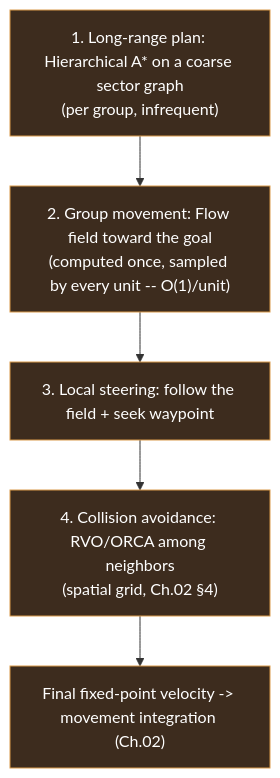
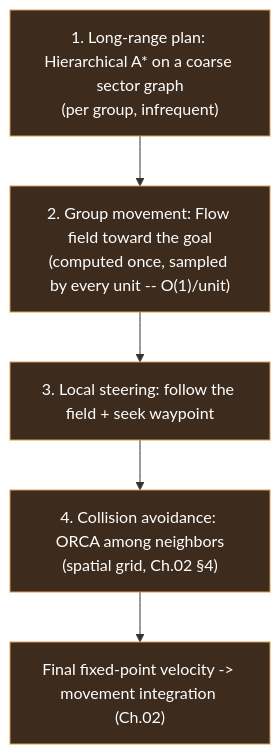
The first of 4 diagrams in docs/architecture/07-pathfinding-navigation.md (RubenTipparach/rts-99-jam), drawn with Mermaid before and after one commit. The commit also changed other lines of this file and 5 other files, not shown here.

First line of the commit message:
Choose ORCA for local collision avoidance

````diff
--- a/docs/architecture/07-pathfinding-navigation.md
+++ b/docs/architecture/07-pathfinding-navigation.md
@@ -17,10 +17,10 @@
 ```mermaid
 graph TD
     A["1. Long-range plan: Hierarchical A* on a coarse sector graph<br/>(per group, infrequent)"] --> B
     B["2. Group movement: Flow field toward the goal<br/>(computed once, sampled by every unit -- O(1)/unit)"] --> C
     C["3. Local steering: follow the field + seek waypoint"] --> D
-    D["4. Collision avoidance: RVO/ORCA among neighbors<br/>(spatial grid, Ch.02 §4)"] --> E
+    D["4. Collision avoidance: ORCA among neighbors<br/>(spatial grid, Ch.02 §4)"] --> E
     E["Final fixed-point velocity -> movement integration (Ch.02)"]
     classDef sim fill:#3d2c1e,stroke:#d99a4a,color:#fff;
     class A,B,C,D,E sim;
 ```
````
